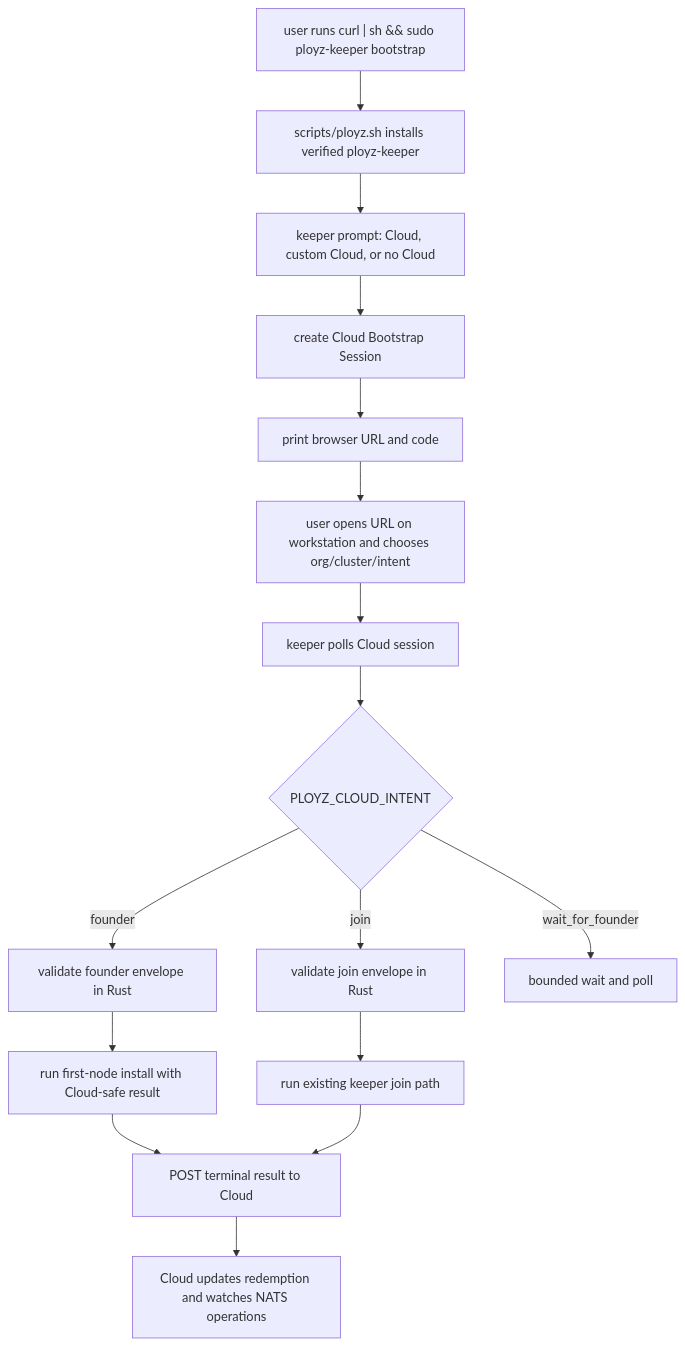
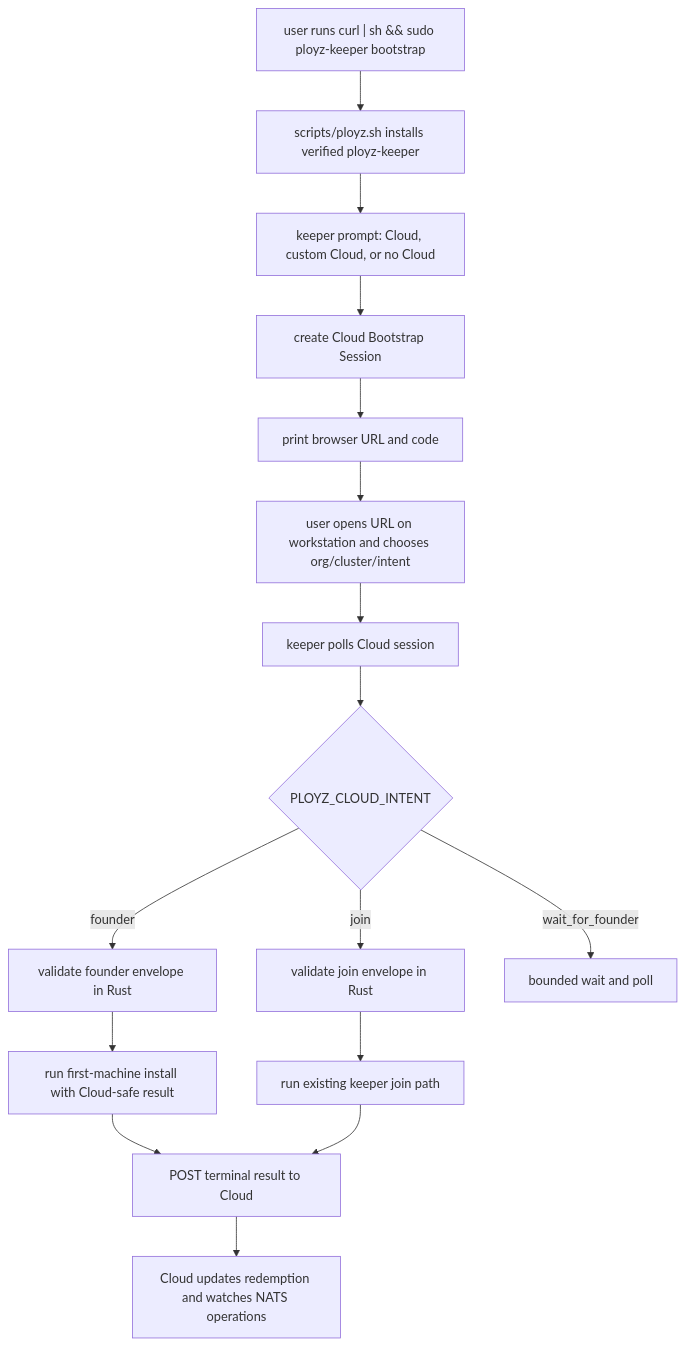
The first of 5 diagrams in docs/plans/2026-06-26-001-feat-cloud-bootstrap-token-plan.md (getployz/ployz), drawn with Mermaid before and after one commit. The commit also changed other lines of this file and 201 other files, not shown here.

````diff
--- a/docs/plans/2026-06-26-001-feat-cloud-bootstrap-token-plan.md
+++ b/docs/plans/2026-06-26-001-feat-cloud-bootstrap-token-plan.md
@@ -181,18 +181,18 @@
 ```mermaid
 flowchart TB
   Cmd["user runs curl | sh && sudo ployz-keeper bootstrap"] --> Shim["scripts/ployz.sh installs verified ployz-keeper"]
   Shim --> Prompt["keeper prompt: Cloud, custom Cloud, or no Cloud"]
   Prompt --> Session["create Cloud Bootstrap Session"]
   Session --> Link["print browser URL and code"]
   Link --> Browser["user opens URL on workstation and chooses org/cluster/intent"]
   Browser --> Poll["keeper polls Cloud session"]
   Poll --> Envelope{"PLOYZ_CLOUD_INTENT"}
   Envelope -->|founder| FounderEnv[validate founder envelope in Rust]
   Envelope -->|join| JoinEnv[validate join envelope in Rust]
   Envelope -->|wait_for_founder| Wait[bounded wait and poll]
-  FounderEnv --> FirstNode[run first-node install with Cloud-safe result]
+  FounderEnv --> FirstMachine[run first-machine install with Cloud-safe result]
   JoinEnv --> Join[run existing keeper join path]
-  FirstNode --> Callback[POST terminal result to Cloud]
+  FirstMachine --> Callback[POST terminal result to Cloud]
   Join --> Callback
   Callback --> Cloud[Cloud updates redemption and watches NATS operations]
 ```
````
